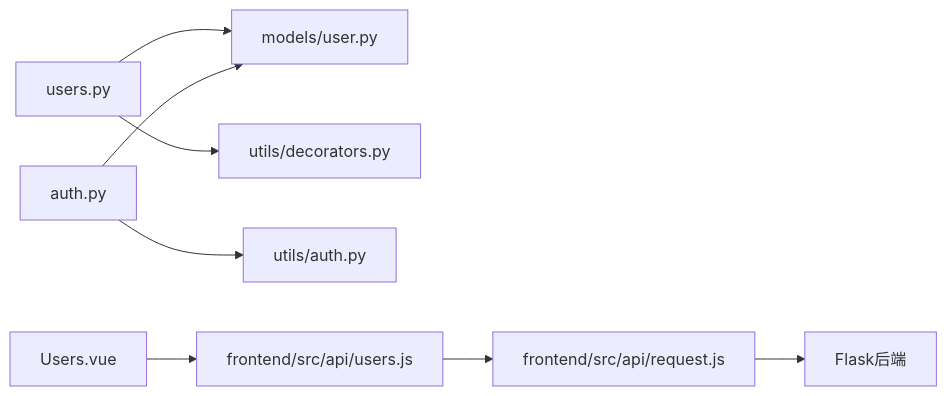
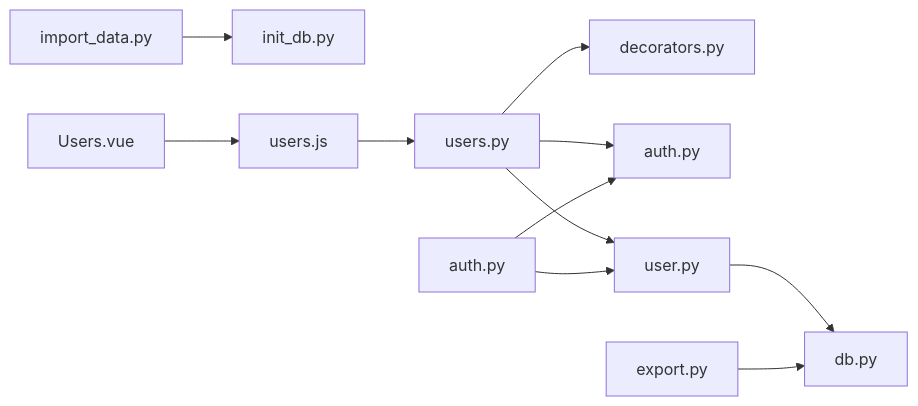
One commit to ismine3/OPS changed the seventh of 7 diagrams in .qoder/repowiki/zh/content/核心功能模块/用户管理模块.md. Above: the diagram before and after it, drawn with Mermaid. The commit also changed other lines of this file and 109 other files, not shown here.

````diff
--- a/.qoder/repowiki/zh/content/核心功能模块/用户管理模块.md
+++ b/.qoder/repowiki/zh/content/核心功能模块/用户管理模块.md
@@ -355,10 +348,13 @@
 ```mermaid
 graph LR
-UsersAPI["users.py"] --> UserModel["models/user.py"]
-UsersAPI --> Decorators["utils/decorators.py"]
-AuthAPI["auth.py"] --> UserModel
-AuthAPI --> JWTUtils["utils/auth.py"]
-Frontend["Users.vue"] --> UsersAPIWrapper["frontend/src/api/users.js"]
-UsersAPIWrapper --> Axios["frontend/src/api/request.js"]
-Axios --> Backend["Flask后端"]
+UsersAPI["users.py"] --> Decorators["decorators.py"]
+UsersAPI --> AuthUtil["auth.py"]
+UsersAPI --> UserModel["user.py"]
+UserModel --> DBUtil["db.py"]
+AuthAPI["auth.py"] --> AuthUtil
+AuthAPI --> UserModel
+ExportBP["export.py"] --> DBUtil
+ImportData["import_data.py"] --> InitDB["init_db.py"]
+FrontUsers["Users.vue"] --> FrontAPI["users.js"]
+FrontAPI --> UsersAPI
 ```
````
